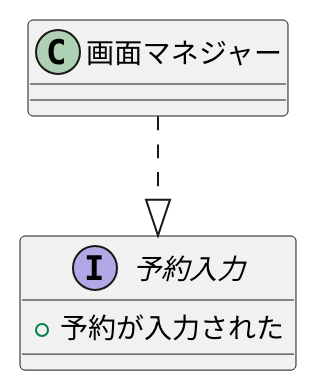
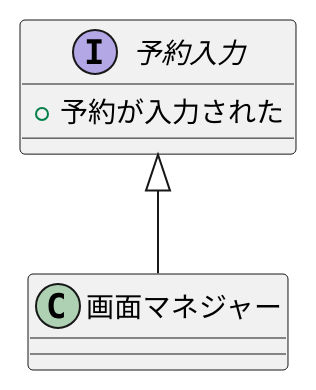
The diagram in 例題3-1_予約入力インターフェース.pu (Raiki215/uml-introduction), drawn with PlantUML before and after one commit.

Commit message:
やり直し

```diff
--- a/例題3-1_予約入力インターフェース.pu
+++ b/例題3-1_予約入力インターフェース.pu
@@ -1,10 +1,10 @@
 @startuml
 class 画面マネジャー {}
 
 interface 予約入力 {
    + 予約が入力された
 }
 
-画面マネジャー ..|> 予約入力
+画面マネジャー -up-|> 予約入力
 
 @enduml
```
